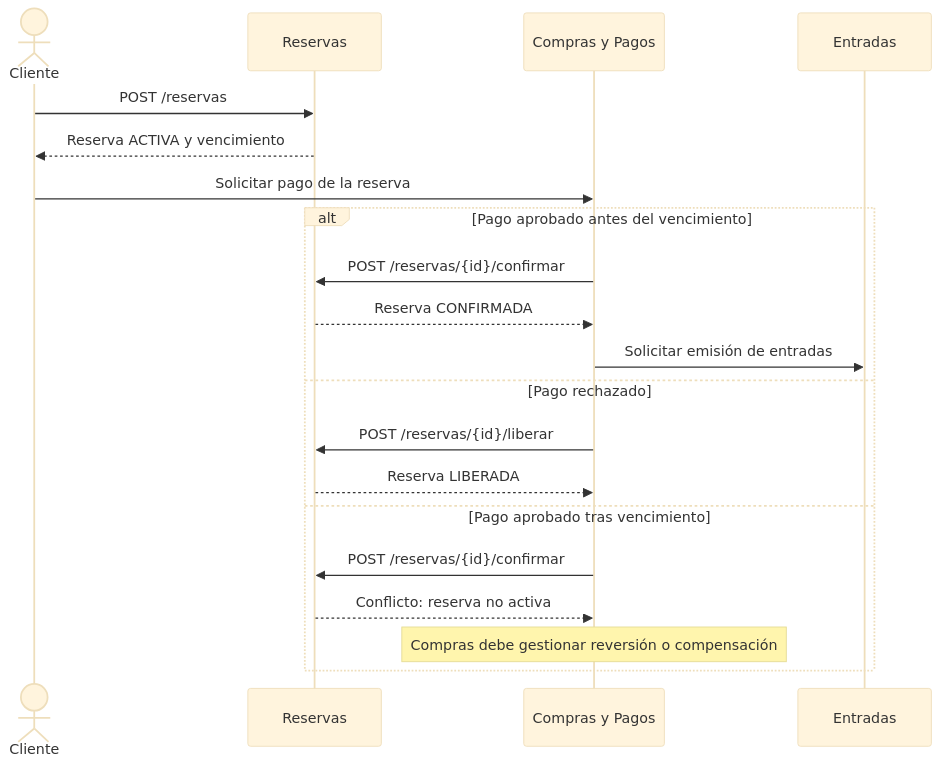
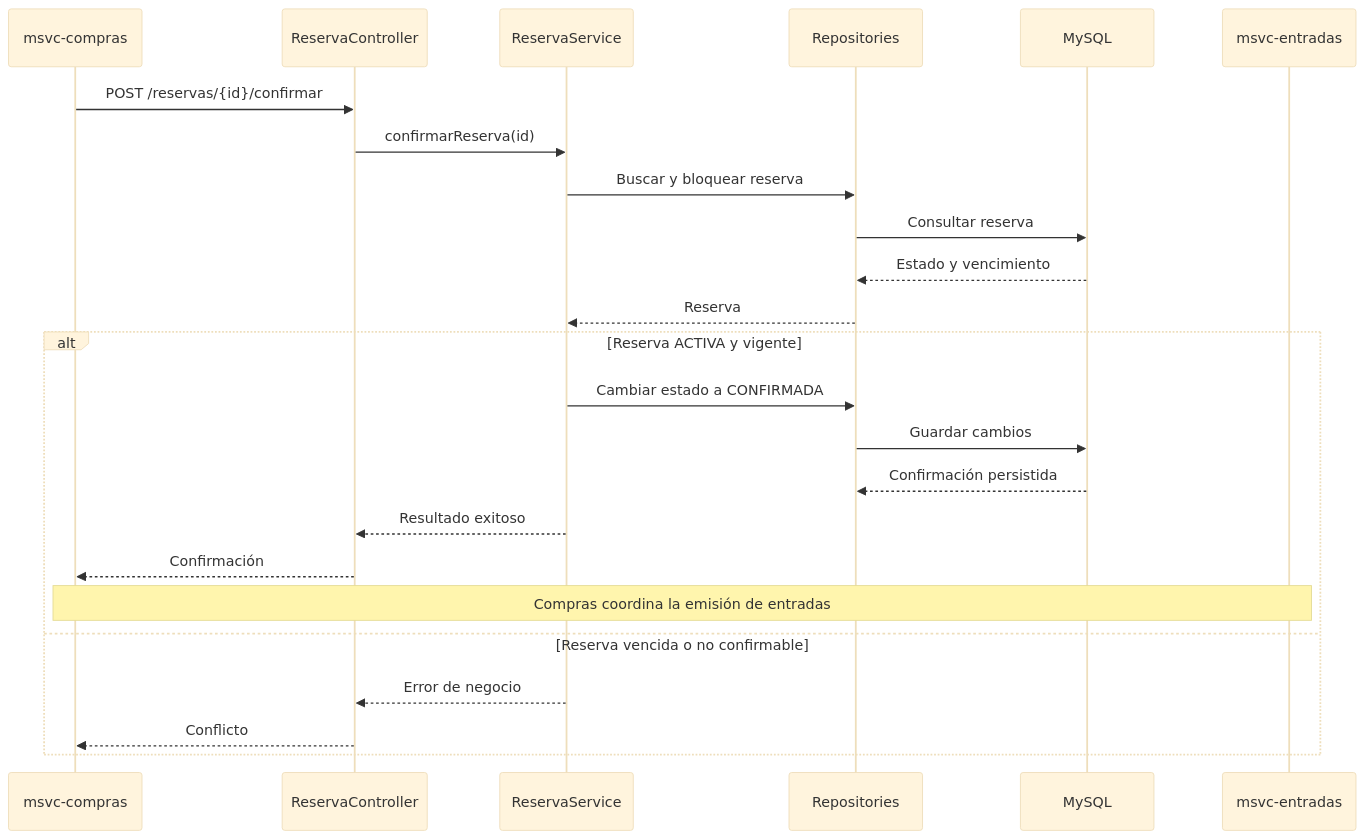
The third of 6 diagrams in TPE-micro1/msvc-reservas/docs/02-ARQUITECTURA-Y-DIAGRAMAS-RESERVAS.md (LuliDiNucci/arquitecturasGrupo12), drawn with Mermaid (base theme) before and after one commit. The commit also changed other lines of this file and 6 other files, not shown here.

Commit message:
arreglo documentacion msvc reservas

````diff
--- a/TPE-micro1/msvc-reservas/docs/02-ARQUITECTURA-Y-DIAGRAMAS-RESERVAS.md
+++ b/TPE-micro1/msvc-reservas/docs/02-ARQUITECTURA-Y-DIAGRAMAS-RESERVAS.md
@@ -78,22 +164,28 @@
 ```mermaid
 sequenceDiagram
-  actor Cliente
-  participant R as Reservas
-  participant C as Compras y Pagos
-  participant T as Entradas
-  Cliente->>R: POST /reservas
-  R-->>Cliente: Reserva ACTIVA y vencimiento
-  Cliente->>C: Solicitar pago de la reserva
-  alt Pago aprobado antes del vencimiento
-    C->>R: POST /reservas/{id}/confirmar
-    R-->>C: Reserva CONFIRMADA
-    C->>T: Solicitar emisión de entradas
-  else Pago rechazado
-    C->>R: POST /reservas/{id}/liberar
-    R-->>C: Reserva LIBERADA
-  else Pago aprobado tras vencimiento
-    C->>R: POST /reservas/{id}/confirmar
-    R-->>C: Conflicto: reserva no activa
-    Note over C: Compras debe gestionar reversión o compensación
-  end
+    participant Compras as msvc-compras
+    participant RC as ReservaController
+    participant RS as ReservaService
+    participant Repo as Repositories
+    participant DB as MySQL
+    participant Entradas as msvc-entradas
+
+    Compras->>RC: POST /reservas/{id}/confirmar
+    RC->>RS: confirmarReserva(id)
+    RS->>Repo: Buscar y bloquear reserva
+    Repo->>DB: Consultar reserva
+    DB-->>Repo: Estado y vencimiento
+    Repo-->>RS: Reserva
+
+    alt Reserva ACTIVA y vigente
+        RS->>Repo: Cambiar estado a CONFIRMADA
+        Repo->>DB: Guardar cambios
+        DB-->>Repo: Confirmación persistida
+        RS-->>RC: Resultado exitoso
+        RC-->>Compras: Confirmación
+        Note over Compras,Entradas: Compras coordina la emisión de entradas
+    else Reserva vencida o no confirmable
+        RS-->>RC: Error de negocio
+        RC-->>Compras: Conflicto
+    end
 ```
````
